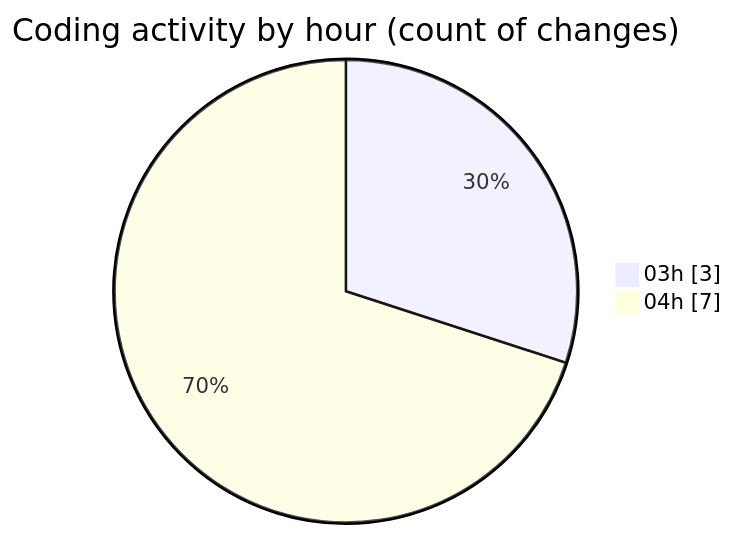
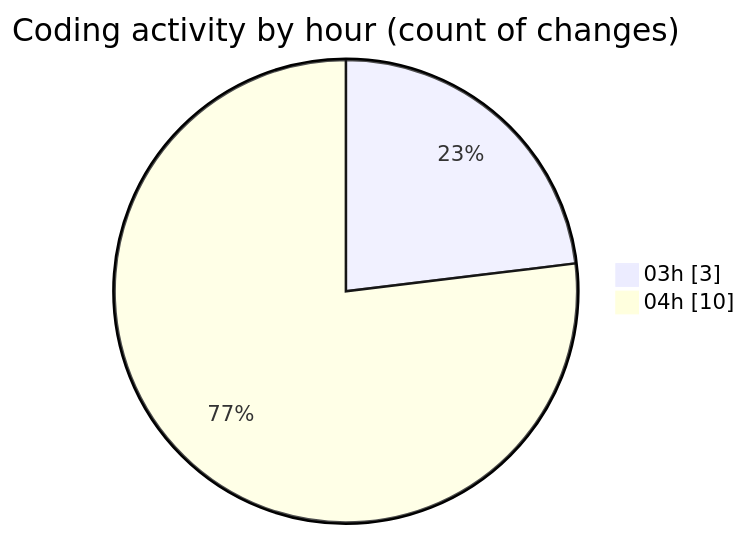
The second of 2 diagrams in 2025-01-03/tinycms/README.md (ernivani/code-tracking), drawn with Mermaid before and after one commit. The commit also changed other lines of this file and 2 other files, not shown here.

````diff
--- a/2025-01-03/tinycms/README.md
+++ b/2025-01-03/tinycms/README.md
@@ -32,6 +35,6 @@
 ```mermaid
 pie showData
 title Coding activity by hour (count of changes)
 "03h" : 3
-"04h" : 7
+"04h" : 10
 ```
````
